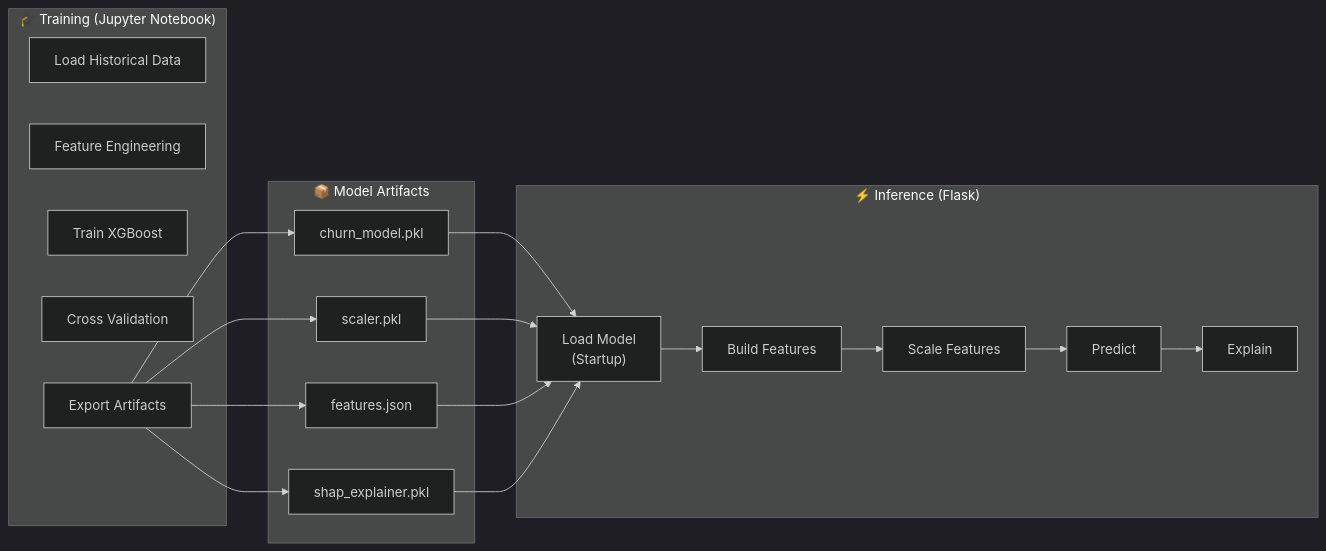
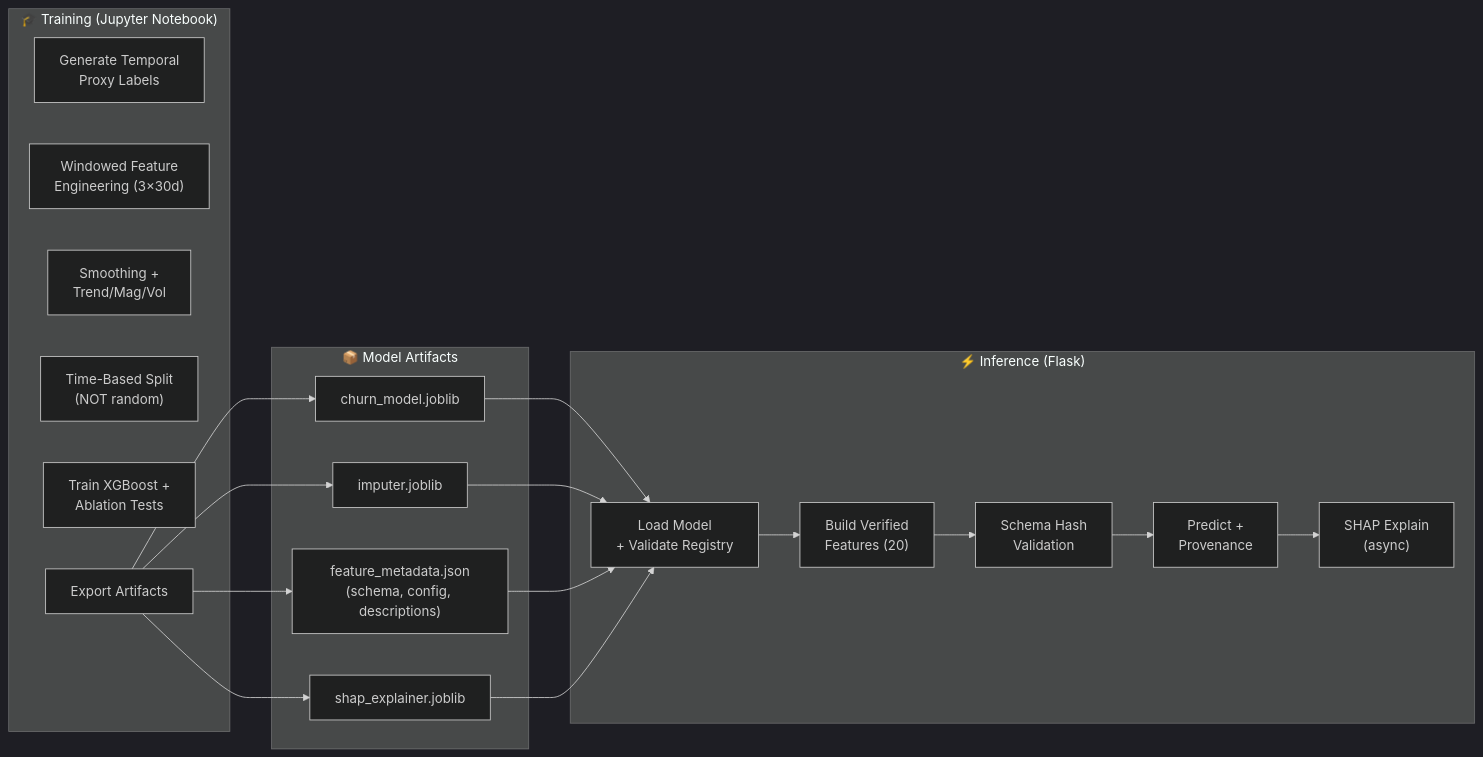
Diagram 11 of 15 in DOKUMENTASI_SISTEM.md (adamsafril19/Customer-Analitycs--Mamina-), drawn with Mermaid (dark theme) before and after one commit. The commit also changed other lines of this file and 21 other files, not shown here.

````diff
--- a/DOKUMENTASI_SISTEM.md
+++ b/DOKUMENTASI_SISTEM.md
@@ -537,40 +817,41 @@
 ```mermaid
 flowchart LR
     subgraph TRAINING["🎓 Training (Jupyter Notebook)"]
-        T1["Load Historical Data"]
-        T2["Feature Engineering"]
-        T3["Train XGBoost"]
-        T4["Cross Validation"]
-        T5["Export Artifacts"]
+        T1["Generate Temporal<br/>Proxy Labels"]
+        T2["Windowed Feature<br/>Engineering (3×30d)"]
+        T3["Smoothing +<br/>Trend/Mag/Vol"]
+        T4["Time-Based Split<br/>(NOT random)"]
+        T5["Train XGBoost +<br/>Ablation Tests"]
+        T6["Export Artifacts"]
     end
 
     subgraph ARTIFACTS["📦 Model Artifacts"]
-        A1["churn_model.pkl"]
-        A2["scaler.pkl"]
-        A3["features.json"]
-        A4["shap_explainer.pkl"]
+        A1["churn_model.joblib"]
+        A2["imputer.joblib"]
+        A3["feature_metadata.json<br/>(schema, config, descriptions)"]
+        A4["shap_explainer.joblib"]
     end
 
     subgraph INFERENCE["⚡ Inference (Flask)"]
-        I1["Load Model<br/>(Startup)"]
-        I2["Build Features"]
-        I3["Scale Features"]
-        I4["Predict"]
-        I5["Explain"]
+        I1["Load Model<br/>+ Validate Registry"]
+        I2["Build Verified<br/>Features (20)"]
+        I3["Schema Hash<br/>Validation"]
+        I4["Predict +<br/>Provenance"]
+        I5["SHAP Explain<br/>(async)"]
     end
 
-    T5 --> A1
-    T5 --> A2
-    T5 --> A3
-    T5 --> A4
+    T6 --> A1
+    T6 --> A2
+    T6 --> A3
+    T6 --> A4
 
     A1 --> I1
     A2 --> I1
     A3 --> I1
     A4 --> I1
 
     I1 --> I2
     I2 --> I3
     I3 --> I4
     I4 --> I5
 ```
````
